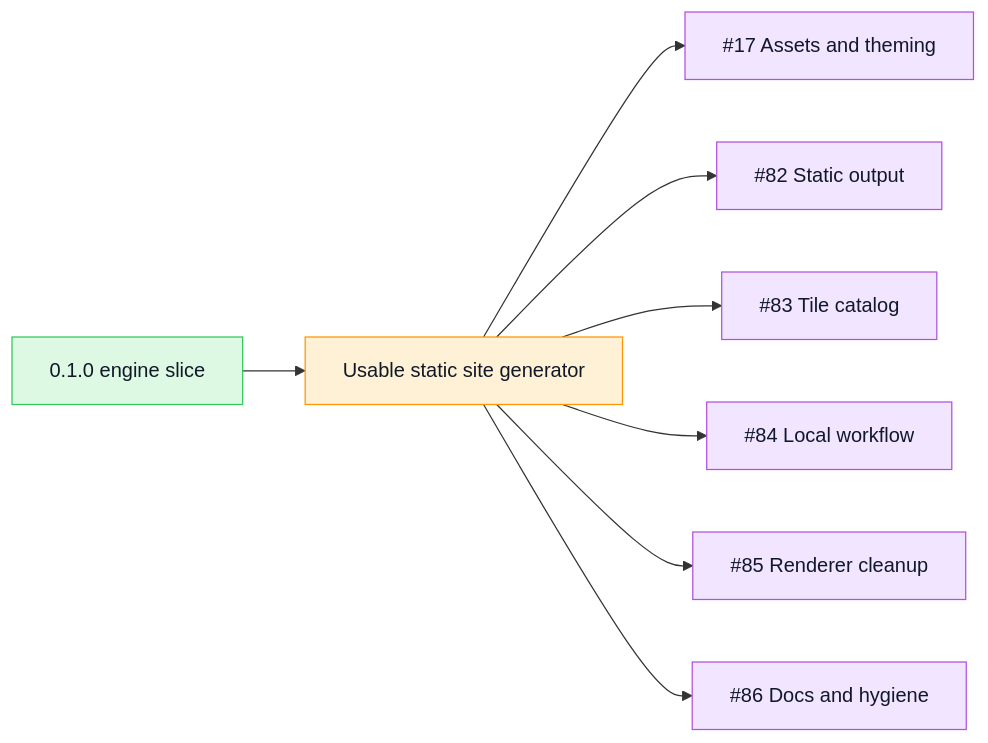
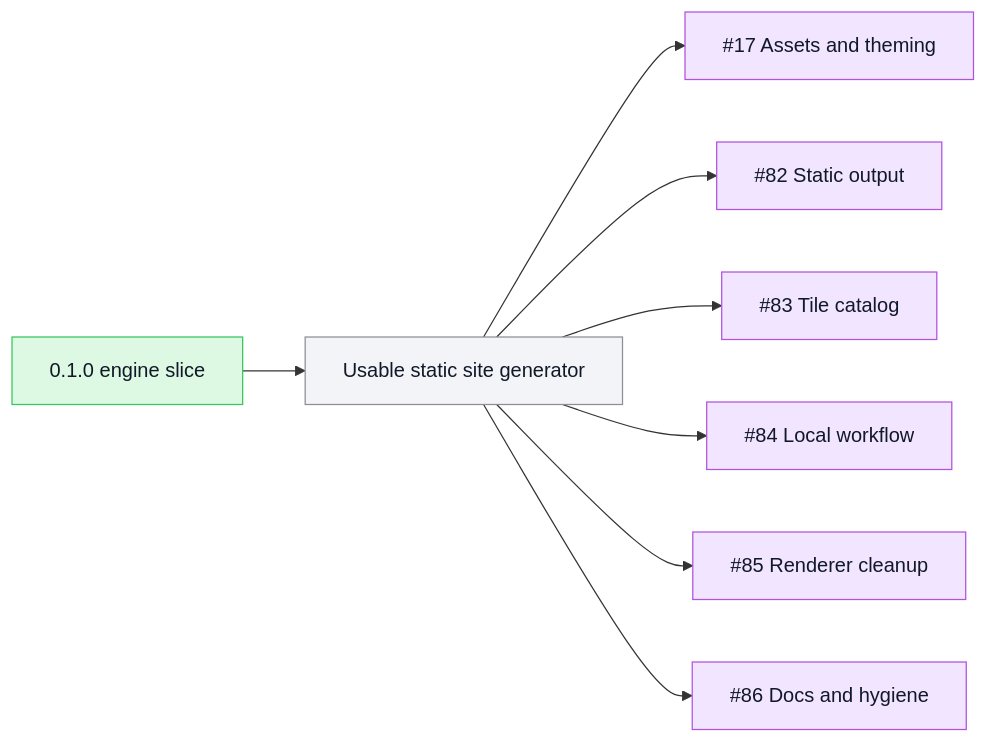
One commit to TileDown/tile-down changed the third of 9 diagrams in README.md. Above: the diagram before and after it, drawn with Mermaid. The commit also changed other lines of this file and 1 other file, not shown here.

````diff
--- a/README.md
+++ b/README.md
@@ -83,14 +85,15 @@
 ```mermaid
 flowchart LR
   Engine["0.1.0 engine slice"]:::done --> Site["Usable static site generator"]:::todo
   Site --> Assets["#17 Assets and theming"]:::epic
   Site --> Output["#82 Static output"]:::epic
   Site --> Tiles["#83 Tile catalog"]:::epic
   Site --> Workflow["#84 Local workflow"]:::epic
   Site --> Renderer["#85 Renderer cleanup"]:::epic
   Site --> Docs["#86 Docs and hygiene"]:::epic
 
   classDef done fill:#ddf9e4,stroke:#34c759,color:#111827
+  classDef review fill:#fff7d6,stroke:#ffcc00,color:#111827
   classDef epic fill:#f2e5ff,stroke:#af52de,color:#111827
-  classDef todo fill:#fff1d6,stroke:#ff9500,color:#111827
+  classDef todo fill:#f2f4f7,stroke:#8e8e93,color:#111827
 ```
````
